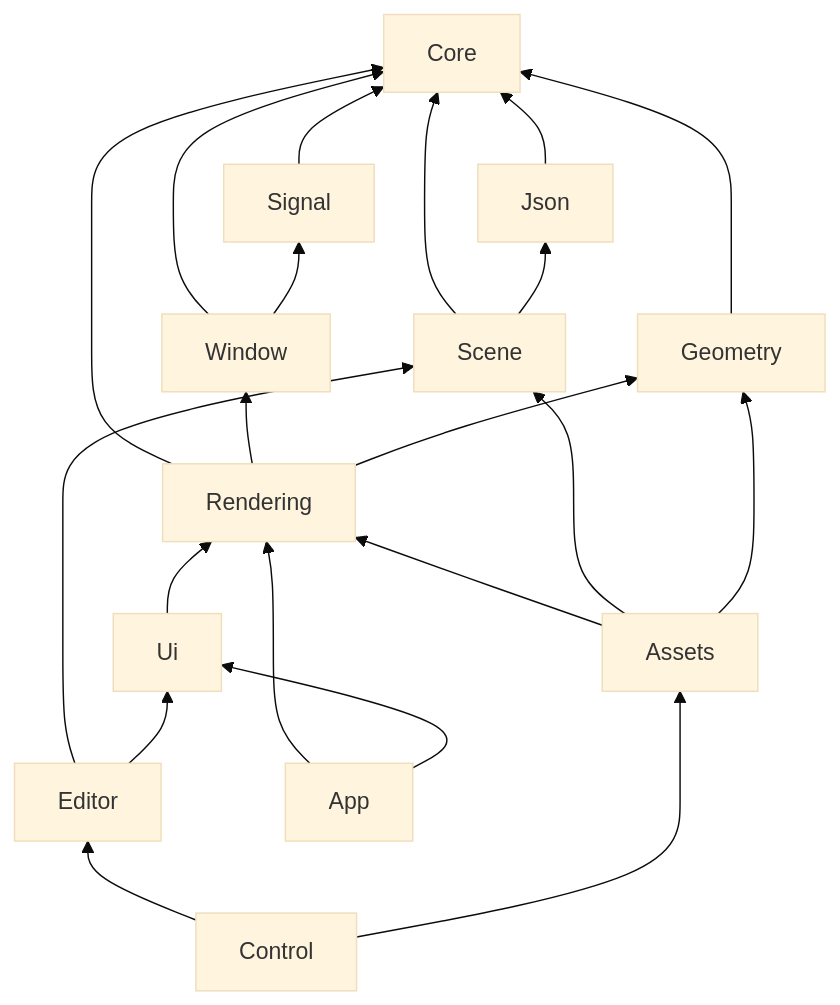
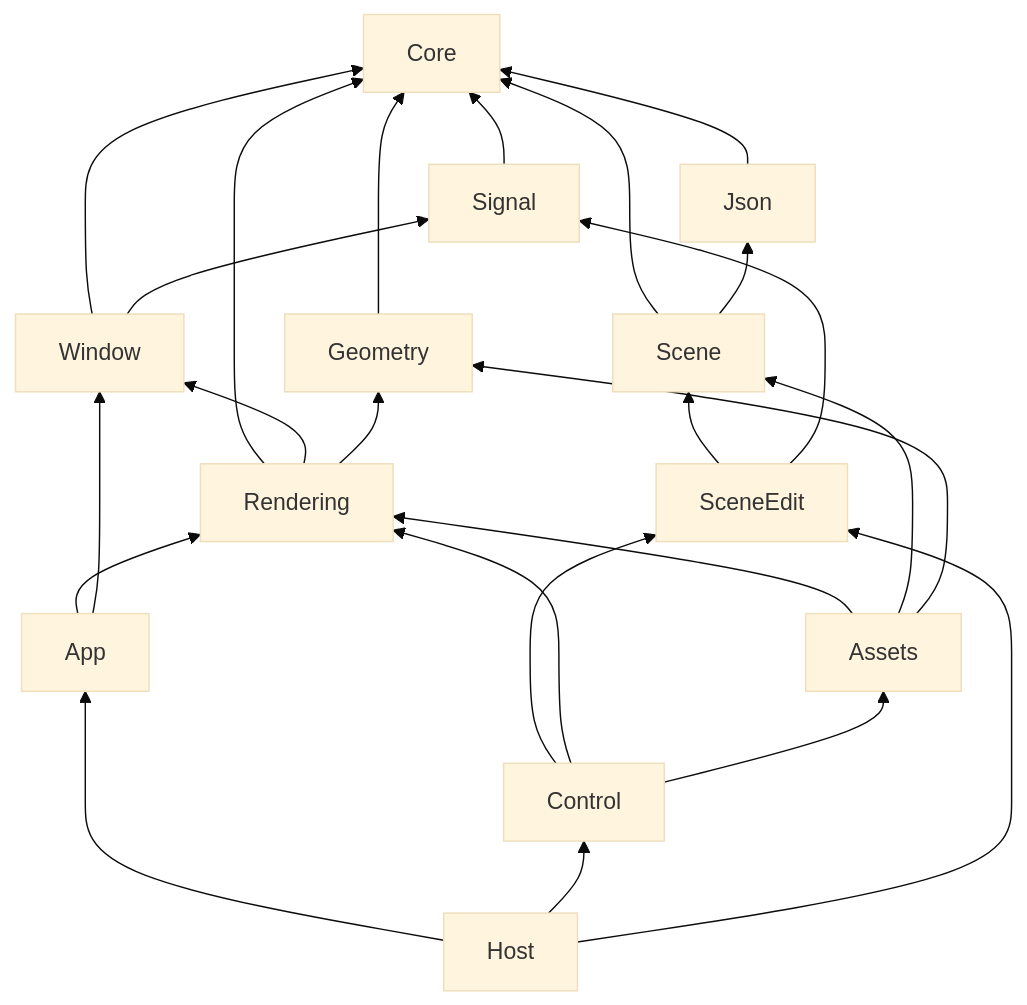
The second of 2 diagrams in docs/content/overview.md (saffronjam/saffron-engine), drawn with Mermaid (base theme) before and after one commit. The commit also changed other lines of this file and 4 other files, not shown here.

First line of the commit message:
docs(architecture): drop Saffron.Ui from the module DAG

````diff
--- a/docs/content/overview.md
+++ b/docs/content/overview.md
@@ -64,24 +64,27 @@
 ```mermaid
 flowchart BT
     Core
     Signal --> Core
     Json --> Core
     Window --> Core
     Window --> Signal
     Geometry --> Core
     Scene --> Core
     Scene --> Json
     Rendering --> Core
     Rendering --> Window
     Rendering --> Geometry
-    Ui --> Rendering
     Assets --> Rendering
     Assets --> Scene
     Assets --> Geometry
-    Editor --> Scene
-    Editor --> Ui
-    Control --> Editor
+    SceneEdit --> Scene
+    SceneEdit --> Signal
+    Control --> SceneEdit
+    Control --> Rendering
     Control --> Assets
     App --> Rendering
-    App --> Ui
+    App --> Window
+    Host --> App
+    Host --> Control
+    Host --> SceneEdit
 ```
````
